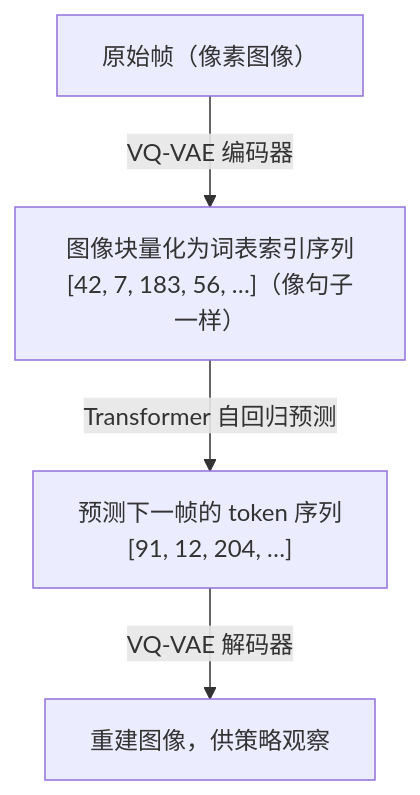
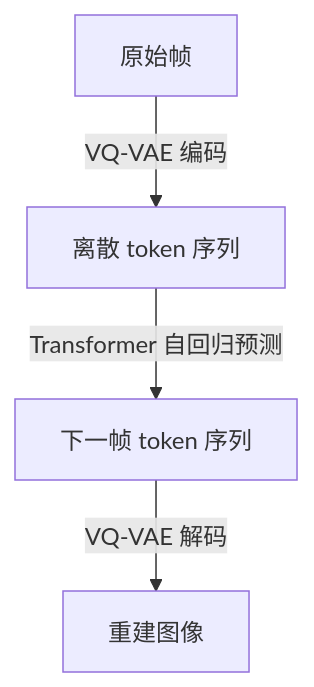
The diagram in docs/zh/lectures/lecture-03-architecture-patterns/01-architectures-rnn-transformer-diffusion.md (zhimin-z/learn-world-model), drawn with Mermaid before and after one commit. The commit also changed 9 other files, not shown here.

````diff
--- a/docs/zh/lectures/lecture-03-architecture-patterns/01-architectures-rnn-transformer-diffusion.md
+++ b/docs/zh/lectures/lecture-03-architecture-patterns/01-architectures-rnn-transformer-diffusion.md
@@ -60,6 +60,6 @@
 ```mermaid
 flowchart TD
-    A["原始帧（像素图像）"] -->|"VQ-VAE 编码器"| B["图像块量化为词表索引序列\n[42, 7, 183, 56, …]（像句子一样）"]
-    B -->|"Transformer 自回归预测"| C["预测下一帧的 token 序列\n[91, 12, 204, …]"]
-    C -->|"VQ-VAE 解码器"| D["重建图像，供策略观察"]
+    A[原始帧] -->|VQ-VAE 编码| B[离散 token 序列]
+    B -->|Transformer 自回归预测| C[下一帧 token 序列]
+    C -->|VQ-VAE 解码| D[重建图像]
 ```
````
